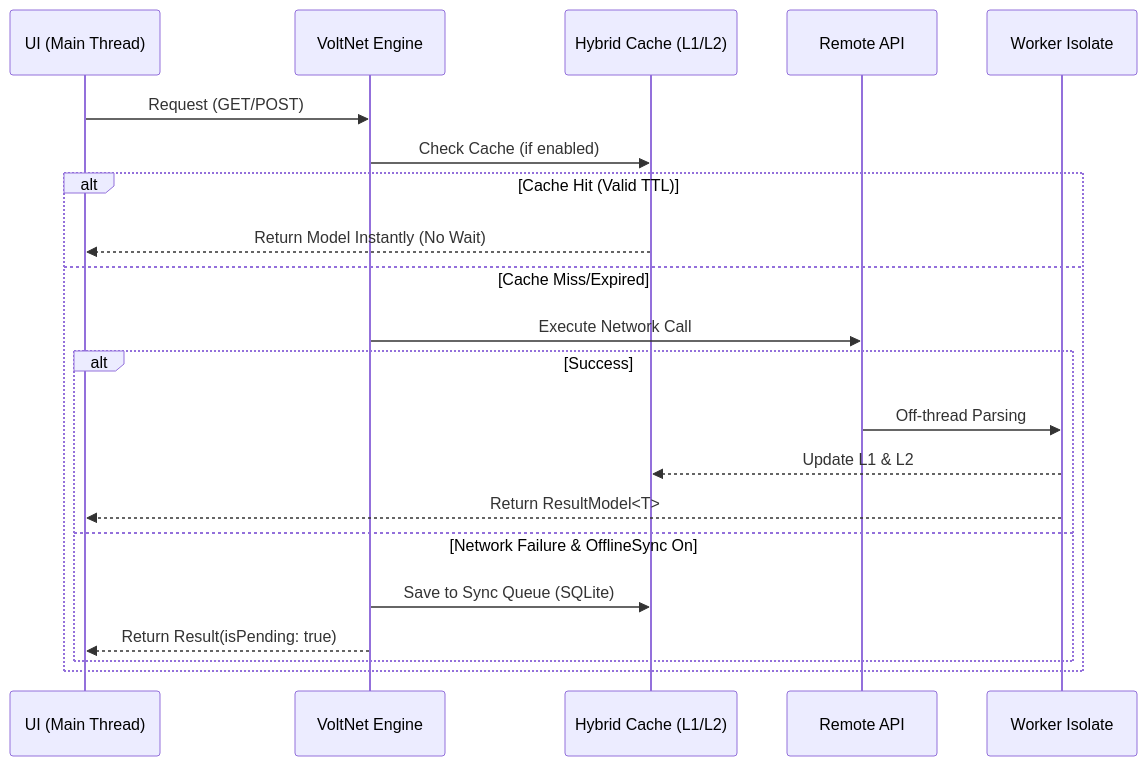
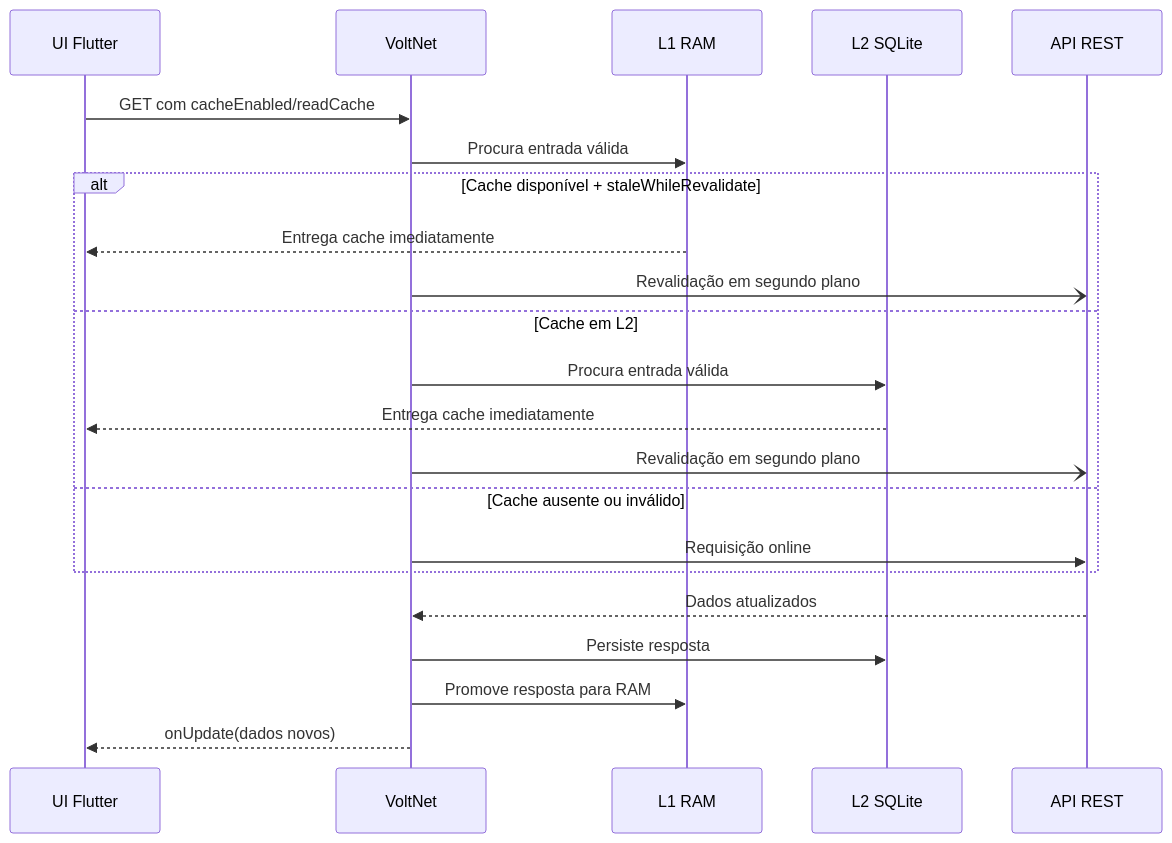
The first of 3 diagrams in README.md (felippe-flutter-dev/volt_net), drawn with Mermaid before and after one commit. The commit also changed other lines of this file and 8 other files, not shown here.

````diff
--- a/README.md
+++ b/README.md
@@ -31,25 +27,26 @@
 ```mermaid
 sequenceDiagram
-    participant UI as UI (Main Thread)
-    participant VN as VoltNet Engine
-    participant CH as Hybrid Cache (L1/L2)
-    participant API as Remote API
-    participant ISO as Worker Isolate
+    participant UI as UI Flutter
+    participant VN as VoltNet
+    participant L1 as L1 RAM
+    participant L2 as L2 SQLite
+    participant API as API REST
 
-    UI->>VN: Request (GET/POST)
-    VN->>CH: Check Cache (if enabled)
-    
-    alt Cache Hit (Valid TTL)
-        CH-->>UI: Return Model Instantly (No Wait)
-    else Cache Miss/Expired
-        VN->>API: Execute Network Call
-        alt Success
-            API->>ISO: Off-thread Parsing
-            ISO-->>CH: Update L1 & L2
-            ISO-->>UI: Return ResultModel<T>
-        else Network Failure & OfflineSync On
-            VN->>CH: Save to Sync Queue (SQLite)
-            VN-->>UI: Return Result(isPending: true)
-        end
+    UI->>VN: GET com cacheEnabled/readCache
+    VN->>L1: Procura entrada válida
+    alt Cache disponível + staleWhileRevalidate
+        L1-->>UI: Entrega cache imediatamente
+        VN-)API: Revalidação em segundo plano
+    else Cache em L2
+        VN->>L2: Procura entrada válida
+        L2-->>UI: Entrega cache imediatamente
+        VN-)API: Revalidação em segundo plano
+    else Cache ausente ou inválido
+        VN->>API: Requisição online
     end
+
+    API-->>VN: Dados atualizados
+    VN->>L2: Persiste resposta
+    VN->>L1: Promove resposta para RAM
+    VN-->>UI: onUpdate(dados novos)
 ```
````
